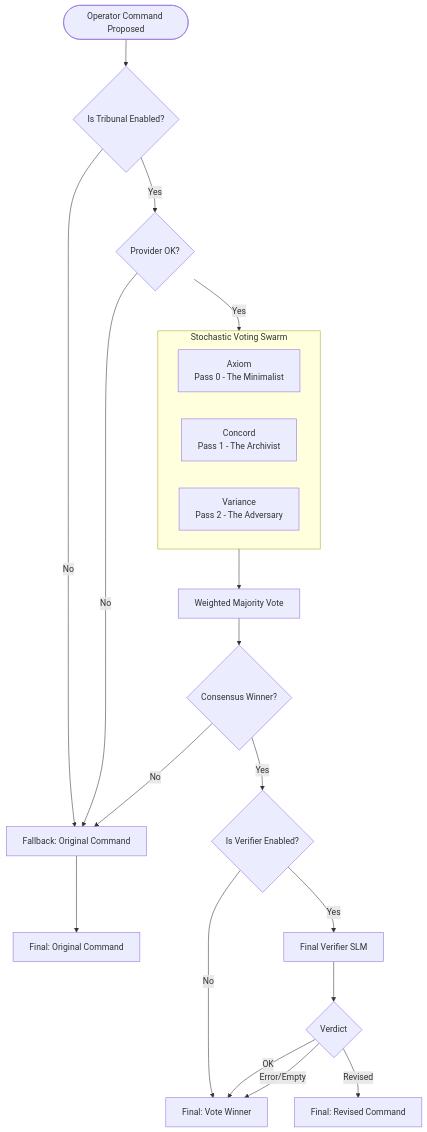
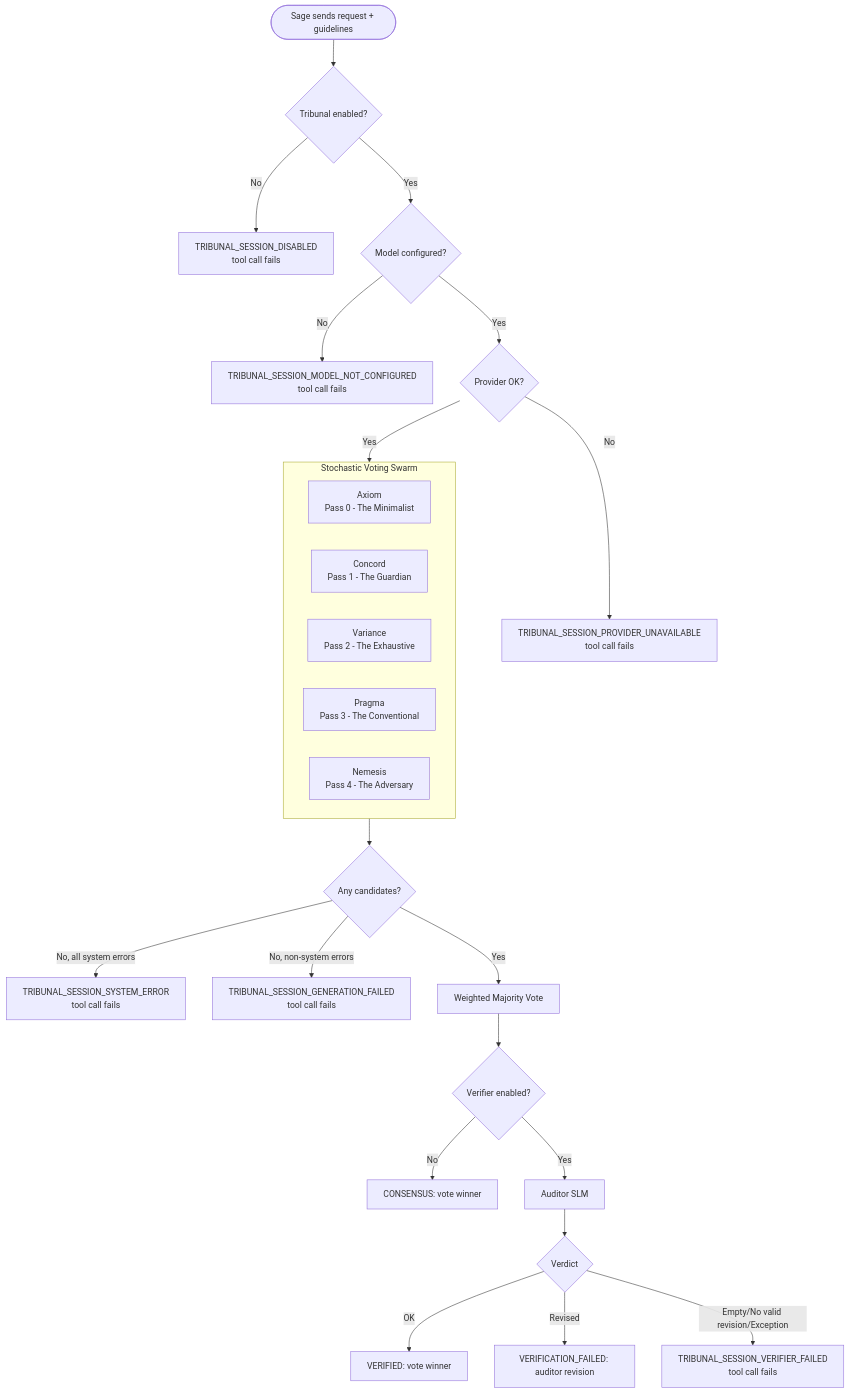
One commit to g8e-ai/g8e changed the third of 3 diagrams in docs/architecture/ai_agents.md. Above: the diagram before and after it, drawn with Mermaid. The commit also changed other lines of this file and 367 other files, not shown here.

````diff
--- a/docs/architecture/ai_agents.md
+++ b/docs/architecture/ai_agents.md
@@ -686,33 +682,36 @@
 ```mermaid
 flowchart TD
-    In([Operator Command Proposed]) --> Enabled{Is Tribunal Enabled?}
-    
-    Enabled -- No --> Fallback[Fallback: Original Command]
-    Enabled -- Yes --> Provider{Provider OK?}
-    
-    Provider -- No --> Fallback
+    In([Sage sends request + guidelines]) --> Enabled{Tribunal enabled?}
+
+    Enabled -- No --> Disabled[TRIBUNAL_SESSION_DISABLED<br/>tool call fails]
+    Enabled -- Yes --> Model{Model configured?}
+
+    Model -- No --> NoModel[TRIBUNAL_SESSION_MODEL_NOT_CONFIGURED<br/>tool call fails]
+    Model -- Yes --> Provider{Provider OK?}
+
+    Provider -- No --> NoProvider[TRIBUNAL_SESSION_PROVIDER_UNAVAILABLE<br/>tool call fails]
     Provider -- Yes --> Gen[Parallel Generation Phase]
-    
+
     subgraph Gen [Stochastic Voting Swarm]
         direction LR
         P1[Axiom<br/>Pass 0 - The Minimalist]
-        P2[Concord<br/>Pass 1 - The Archivist]
-        P3[Variance<br/>Pass 2 - The Adversary]
+        P2[Concord<br/>Pass 1 - The Guardian]
+        P3[Variance<br/>Pass 2 - The Exhaustive]
+        P4[Pragma<br/>Pass 3 - The Conventional]
+        P5[Nemesis<br/>Pass 4 - The Adversary]
     end
-    
-    Gen --> Vote[Weighted Majority Vote]
-    Vote --> Winner{Consensus Winner?}
-    
-    Winner -- No --> Fallback
-    Winner -- Yes --> VerifierEnabled{Is Verifier Enabled?}
-    
-    VerifierEnabled -- No --> OutVote[Final: Vote Winner]
-    VerifierEnabled -- Yes --> Verify[Final Verifier SLM]
-    
+
+    Gen --> Candidates{Any candidates?}
+    Candidates -- No, all system errors --> SysErr[TRIBUNAL_SESSION_SYSTEM_ERROR<br/>tool call fails]
+    Candidates -- No, non-system errors --> GenFail[TRIBUNAL_SESSION_GENERATION_FAILED<br/>tool call fails]
+    Candidates -- Yes --> Vote[Weighted Majority Vote]
+
+    Vote --> VerifierEnabled{Verifier enabled?}
+    VerifierEnabled -- No --> OutVote[CONSENSUS: vote winner]
+    VerifierEnabled -- Yes --> Verify[Auditor SLM]
+
     Verify --> Review{Verdict}
-    Review -- OK --> OutVote
-    Review -- Error/Empty --> OutVote
-    Review -- Revised --> OutRev[Final: Revised Command]
-    
-    Fallback --> OutFall[Final: Original Command]
+    Review -- OK --> OutVerified[VERIFIED: vote winner]
+    Review -- Revised --> OutRev[VERIFICATION_FAILED: auditor revision]
+    Review -- Empty/No valid revision/Exception --> VerFail[TRIBUNAL_SESSION_VERIFIER_FAILED<br/>tool call fails]
 ```
````
